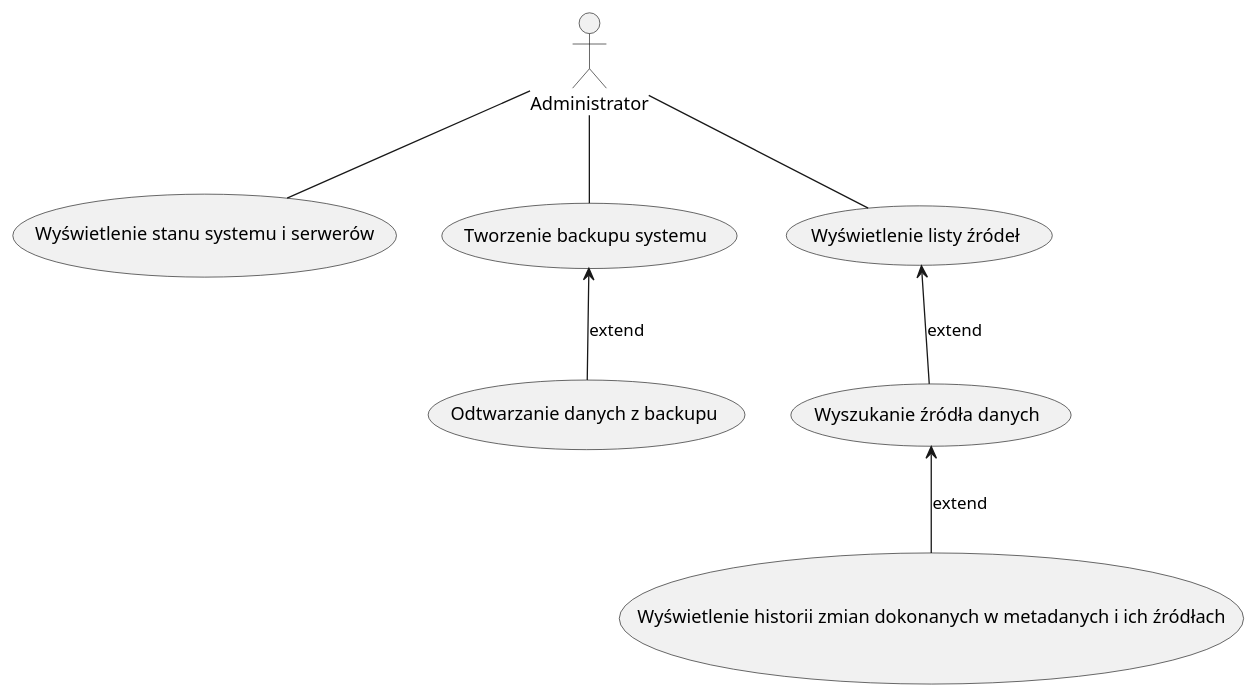
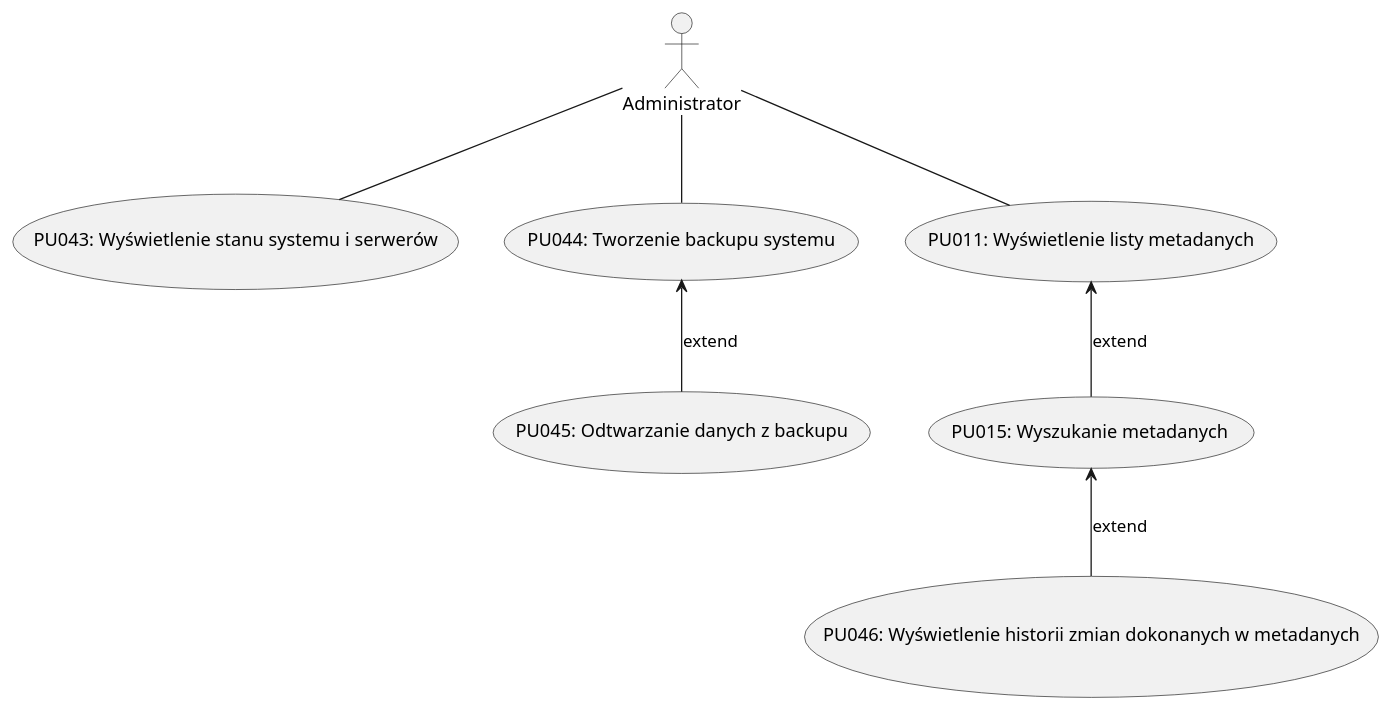
One commit to falkowp/IWO25L changed the diagram in dokumentacja/specyfikacja.wymagan/4.wymagania.uzytkownika/4.1.wymagania.funkcjonalne/PU0007.puml. Above: the diagram before and after it, drawn with PlantUML. The commit also changed 13 other files, not shown here.

```diff
--- a/dokumentacja/specyfikacja.wymagan/4.wymagania.uzytkownika/4.1.wymagania.funkcjonalne/PU0007.puml
+++ b/dokumentacja/specyfikacja.wymagan/4.wymagania.uzytkownika/4.1.wymagania.funkcjonalne/PU0007.puml
@@ -1,20 +1,20 @@
 @startuml Monitorowanie i zabezpieczenia systemu
 
 actor "Administrator" as Admin
 
-usecase "Wyświetlenie stanu systemu i serwerów" as UC1
-usecase "Tworzenie backupu systemu" as UC2
-usecase "Odtwarzanie danych z backupu" as UC3
-usecase "Wyświetlenie listy źródeł" as UC4
-usecase "Wyszukanie źródła danych" as UC5
-usecase "Wyświetlenie historii zmian dokonanych w metadanych i ich źródłach" as UC6
+usecase "PU043: Wyświetlenie stanu systemu i serwerów" as UC1
+usecase "PU044: Tworzenie backupu systemu" as UC2
+usecase "PU045: Odtwarzanie danych z backupu" as UC3
+usecase "PU011: Wyświetlenie listy metadanych" as UC4
+usecase "PU015: Wyszukanie metadanych" as UC5
+usecase "PU046: Wyświetlenie historii zmian dokonanych w metadanych" as UC6
 
 Admin -- UC1
 Admin -- UC2
 UC2 <-- UC3 : extend
 
 Admin -- UC4
 UC4 <-- UC5 : extend
 UC5 <-- UC6 : extend
 
 @enduml
```
